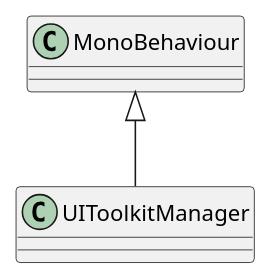
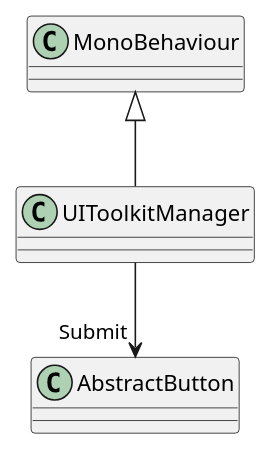
The diagram in UML/UIToolkit/Scripts/UIToolkitManager.puml (mysteryfungus/DungeonGeneratorUnity), drawn with PlantUML before and after one commit. The commit also changed 61 other files, not shown here.

Commit message:
Generate UML (Generate UML)

```diff
--- a/UML/UIToolkit/Scripts/UIToolkitManager.puml
+++ b/UML/UIToolkit/Scripts/UIToolkitManager.puml
@@ -1,5 +1,6 @@
 @startuml
 class UIToolkitManager {
 }
 MonoBehaviour <|-- UIToolkitManager
+UIToolkitManager --> "Submit" AbstractButton
 @enduml
```
